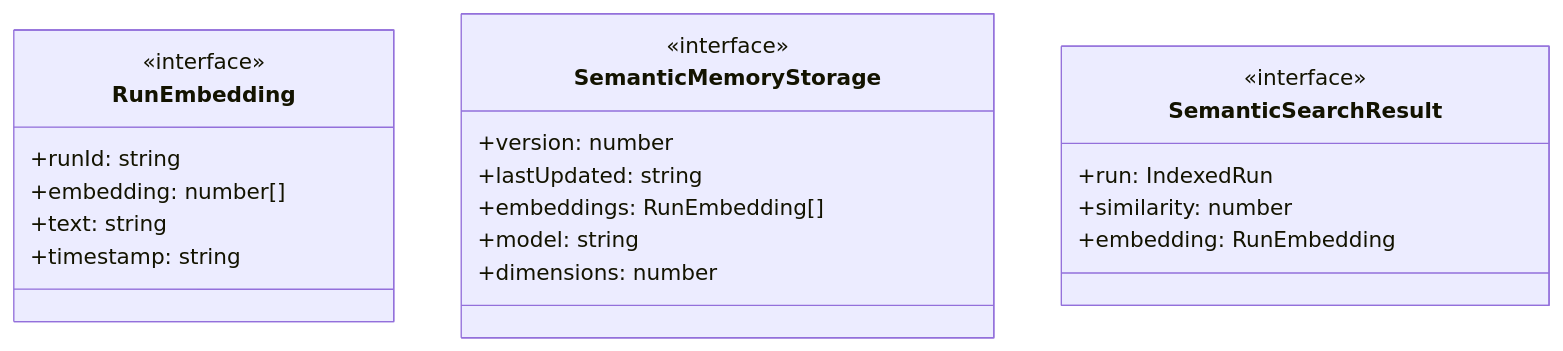
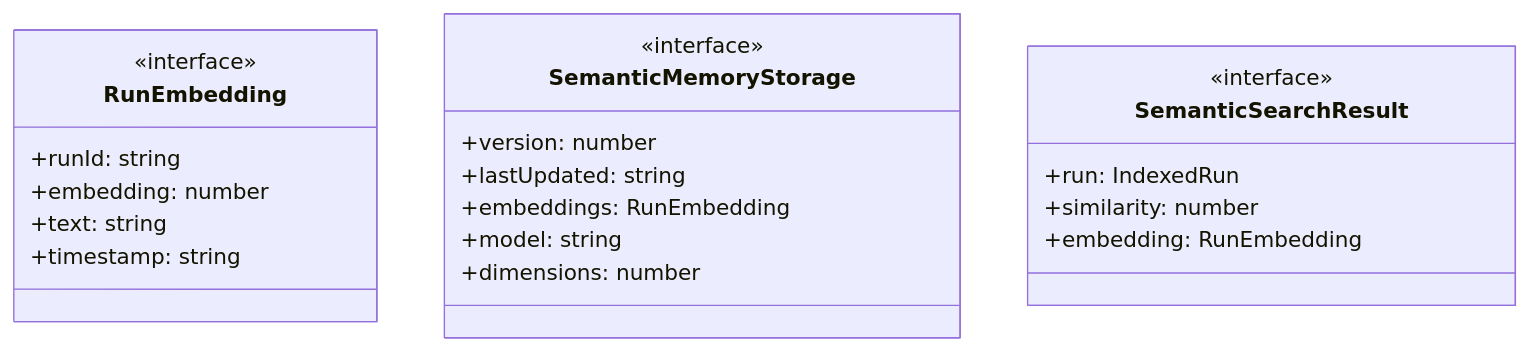
The first of 4 diagrams in ABDD/.pi/lib/semantic-memory.md (Mekann2904/mekann), drawn with Mermaid before and after one commit. The commit also changed other lines of this file and 174 other files, not shown here.

First line of the commit message:
fix(docs): ABDDのMermaid図生成エラーを修正する

````diff
--- a/ABDD/.pi/lib/semantic-memory.md
+++ b/ABDD/.pi/lib/semantic-memory.md
@@ -52,24 +52,24 @@
 ```mermaid
 classDiagram
   class RunEmbedding {
     <<interface>>
     +runId: string
-    +embedding: number[]
+    +embedding: number
     +text: string
     +timestamp: string
   }
   class SemanticMemoryStorage {
     <<interface>>
     +version: number
     +lastUpdated: string
-    +embeddings: RunEmbedding[]
+    +embeddings: RunEmbedding
     +model: string
     +dimensions: number
   }
   class SemanticSearchResult {
     <<interface>>
     +run: IndexedRun
     +similarity: number
     +embedding: RunEmbedding
   }
 ```
````
